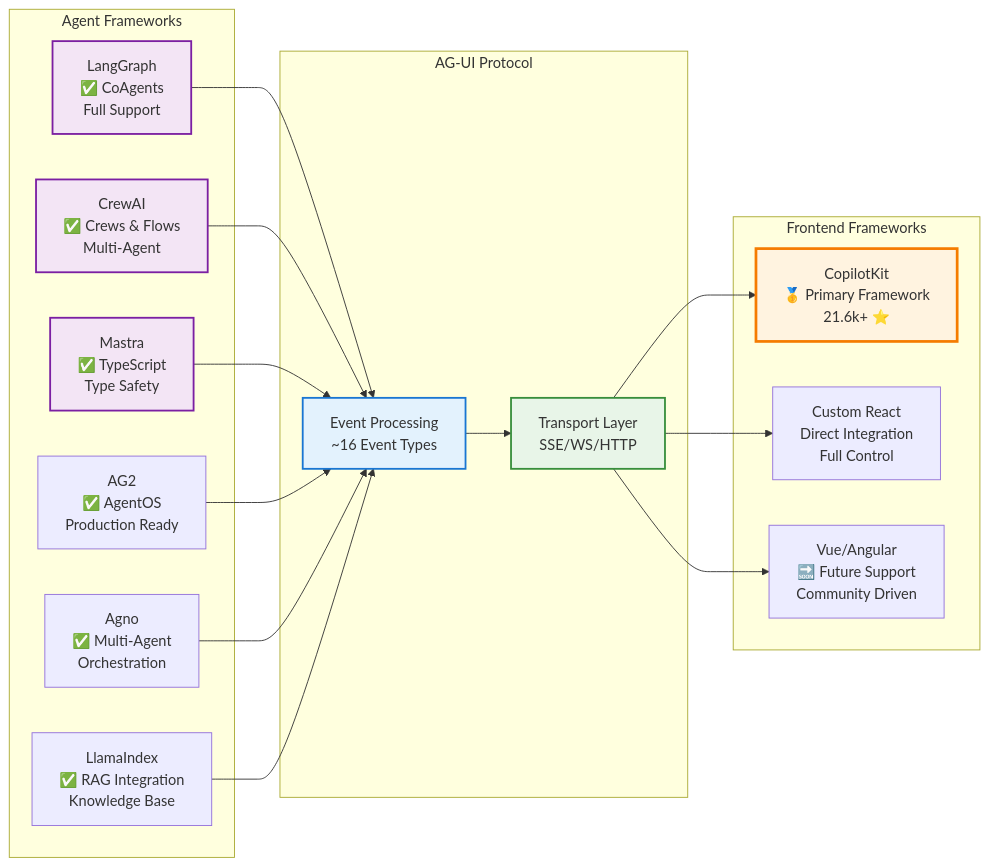
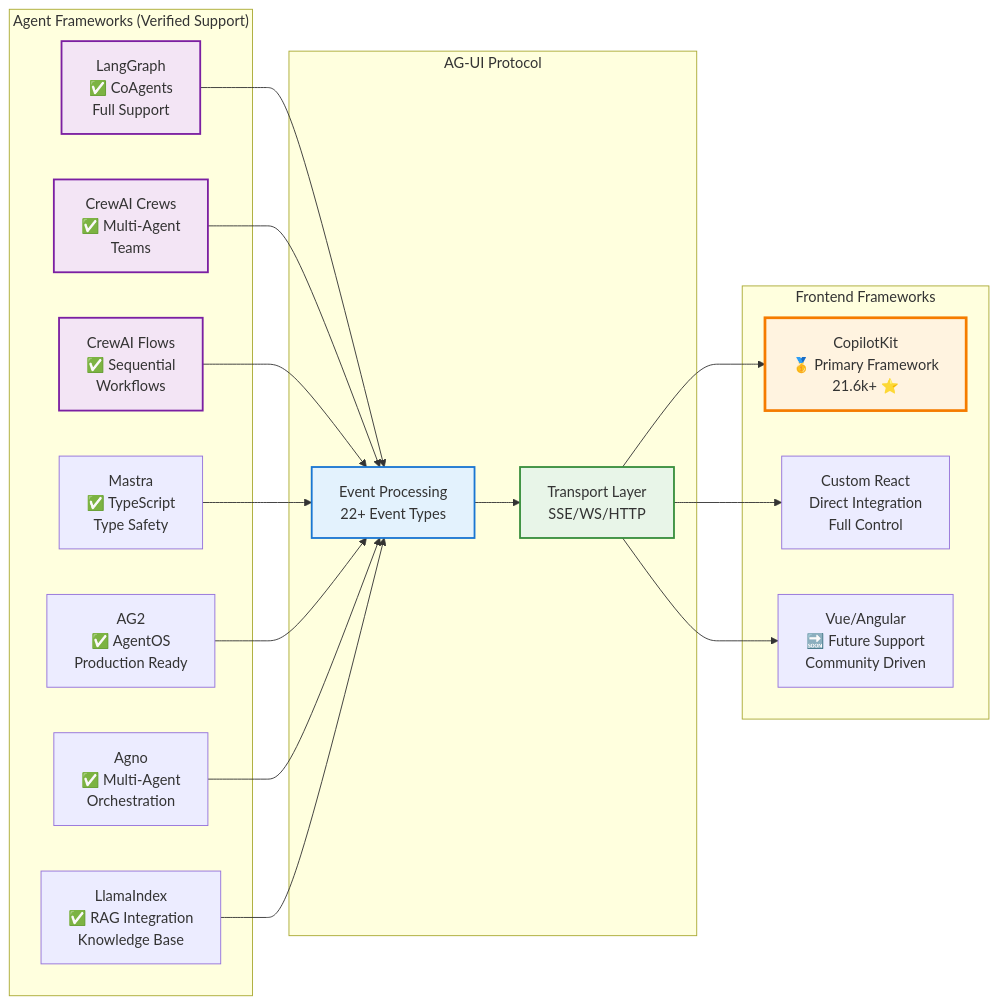
The fifth of 9 diagrams in 33_ag_ui.md (raphaelmansuy/tutorials), drawn with Mermaid before and after one commit. The commit also changed other lines of this file, not shown here.

Commit message:
Enhance AG-UI tutorial with updated event types, improved framework support, and added real-time data visualization examples

````diff
--- a/33_ag_ui.md
+++ b/33_ag_ui.md
@@ -250,41 +250,43 @@
 ```mermaid
 flowchart LR
-    subgraph "Agent Frameworks"
+    subgraph "Agent Frameworks (Verified Support)"
         A[LangGraph<br/>✅ CoAgents<br/>Full Support]
-        B[CrewAI<br/>✅ Crews & Flows<br/>Multi-Agent]
-        C[Mastra<br/>✅ TypeScript<br/>Type Safety]
-        D[AG2<br/>✅ AgentOS<br/>Production Ready]
-        E[Agno<br/>✅ Multi-Agent<br/>Orchestration]
-        F[LlamaIndex<br/>✅ RAG Integration<br/>Knowledge Base]
+        B[CrewAI Crews<br/>✅ Multi-Agent<br/>Teams]
+        C[CrewAI Flows<br/>✅ Sequential<br/>Workflows]
+        D[Mastra<br/>✅ TypeScript<br/>Type Safety]
+        E[AG2<br/>✅ AgentOS<br/>Production Ready]
+        F[Agno<br/>✅ Multi-Agent<br/>Orchestration]
+        G[LlamaIndex<br/>✅ RAG Integration<br/>Knowledge Base]
     end
     
     subgraph "AG-UI Protocol"
-        G[Event Processing<br/>~16 Event Types]
-        H[Transport Layer<br/>SSE/WS/HTTP]
+        H[Event Processing<br/>22+ Event Types]
+        I[Transport Layer<br/>SSE/WS/HTTP]
     end
     
     subgraph "Frontend Frameworks"
-        I[CopilotKit<br/>🥇 Primary Framework<br/>21.6k+ ⭐]
-        J[Custom React<br/>Direct Integration<br/>Full Control]
-        K[Vue/Angular<br/>🔜 Future Support<br/>Community Driven]
+        J[CopilotKit<br/>🥇 Primary Framework<br/>21.6k+ ⭐]
+        K[Custom React<br/>Direct Integration<br/>Full Control]
+        L[Vue/Angular<br/>🔜 Future Support<br/>Community Driven]
     end
     
-    A --> G
-    B --> G
-    C --> G
-    D --> G
-    E --> G
-    F --> G
+    A --> H
+    B --> H
+    C --> H
+    D --> H
+    E --> H
+    F --> H
+    G --> H
     
-    G --> H
     H --> I
-    H --> J
-    H --> K
+    I --> J
+    I --> K
+    I --> L
     
-    style G fill:#e3f2fd,stroke:#1976d2,stroke-width:2px
-    style H fill:#e8f5e8,stroke:#388e3c,stroke-width:2px
-    style I fill:#fff3e0,stroke:#f57c00,stroke-width:3px
+    style H fill:#e3f2fd,stroke:#1976d2,stroke-width:2px
+    style I fill:#e8f5e8,stroke:#388e3c,stroke-width:2px
+    style J fill:#fff3e0,stroke:#f57c00,stroke-width:3px
     style A fill:#f3e5f5,stroke:#7b1fa2,stroke-width:2px
     style B fill:#f3e5f5,stroke:#7b1fa2,stroke-width:2px
     style C fill:#f3e5f5,stroke:#7b1fa2,stroke-width:2px
 ```
````
